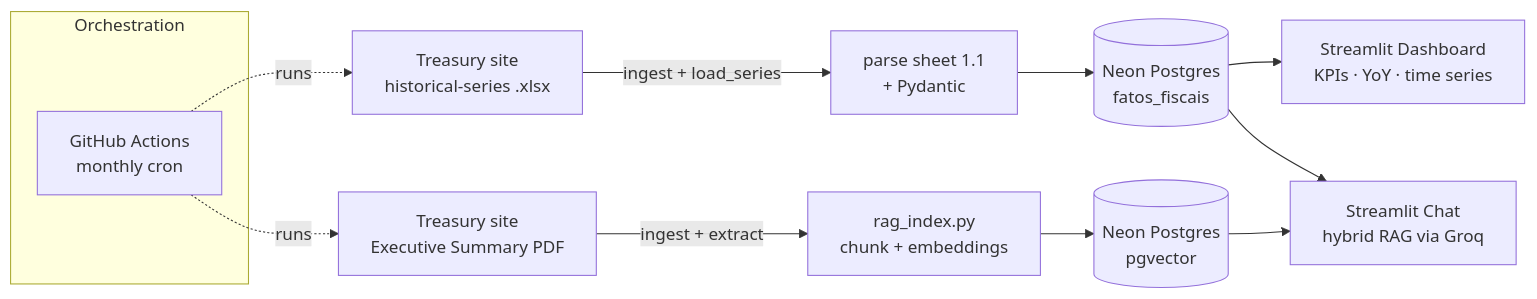
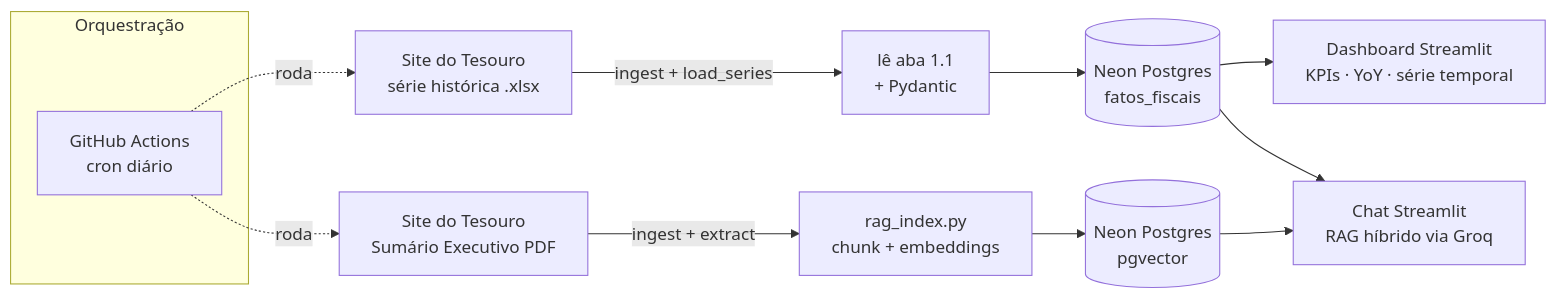
One commit to maatheussilvaaoliveiraa/rtn changed the diagram in README.md. Above: the diagram before and after it, drawn with Mermaid. The commit also changed other lines of this file, not shown here.

Commit message:
docs: translate README to Portuguese; fix cron description (daily)

````diff
--- a/README.md
+++ b/README.md
@@ -35,16 +36,16 @@
 ```mermaid
 flowchart LR
-    A[Treasury site<br/>historical-series .xlsx] -->|ingest + load_series| D[parse sheet 1.1<br/>+ Pydantic]
-    P[Treasury site<br/>Executive Summary PDF] -->|ingest + extract| E[rag_index.py<br/>chunk + embeddings]
+    A[Site do Tesouro<br/>série histórica .xlsx] -->|ingest + load_series| D[lê aba 1.1<br/>+ Pydantic]
+    P[Site do Tesouro<br/>Sumário Executivo PDF] -->|ingest + extract| E[rag_index.py<br/>chunk + embeddings]
     D --> F[(Neon Postgres<br/>fatos_fiscais)]
     E --> G[(Neon Postgres<br/>pgvector)]
-    F --> H[Streamlit Dashboard<br/>KPIs · YoY · time series]
+    F --> H[Dashboard Streamlit<br/>KPIs · YoY · série temporal]
     F --> I
-    G --> I[Streamlit Chat<br/>hybrid RAG via Groq]
+    G --> I[Chat Streamlit<br/>RAG híbrido via Groq]
 
-    subgraph Orchestration
-        J[GitHub Actions<br/>monthly cron]
+    subgraph Orquestracao[Orquestração]
+        J[GitHub Actions<br/>cron diário]
     end
-    J -.runs.-> A
-    J -.runs.-> P
+    J -.roda.-> A
+    J -.roda.-> P
 ```
````
